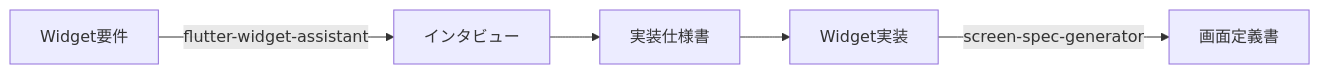
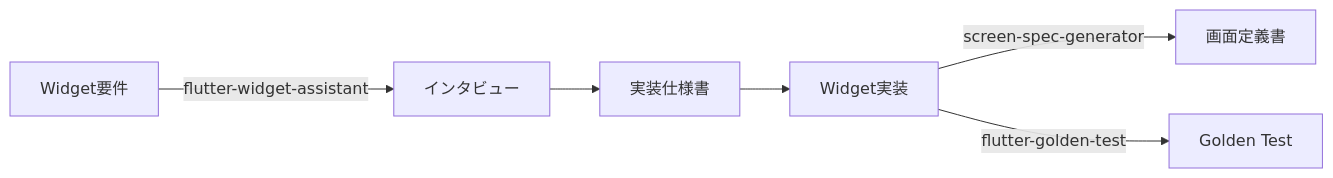
One commit to xtone/ai_development_tools changed the diagram in flutter_development/README.md. Above: the diagram before and after it, drawn with Mermaid. The commit also changed other lines of this file and 1 other file, not shown here.

First line of the commit message:
refactor: integrate flutter-golden-test with main branch structure

````diff
--- a/flutter_development/README.md
+++ b/flutter_development/README.md
@@ -49,7 +63,8 @@
 ```mermaid
 graph LR
     A[Widget要件] -->|flutter-widget-assistant| B[インタビュー]
     B --> C[実装仕様書]
     C --> D[Widget実装]
     D -->|screen-spec-generator| E[画面定義書]
+    D -->|flutter-golden-test| F[Golden Test]
 ```
````
